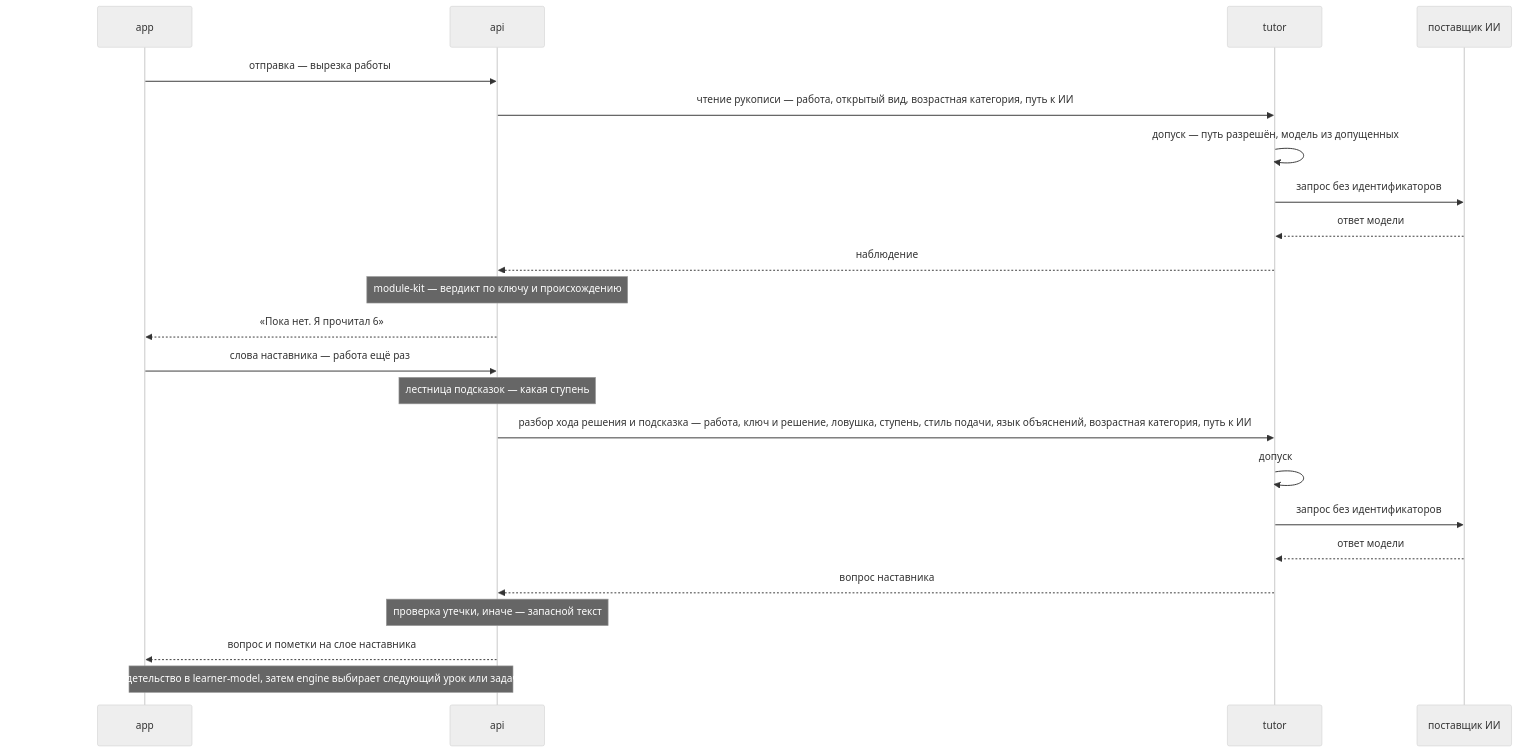
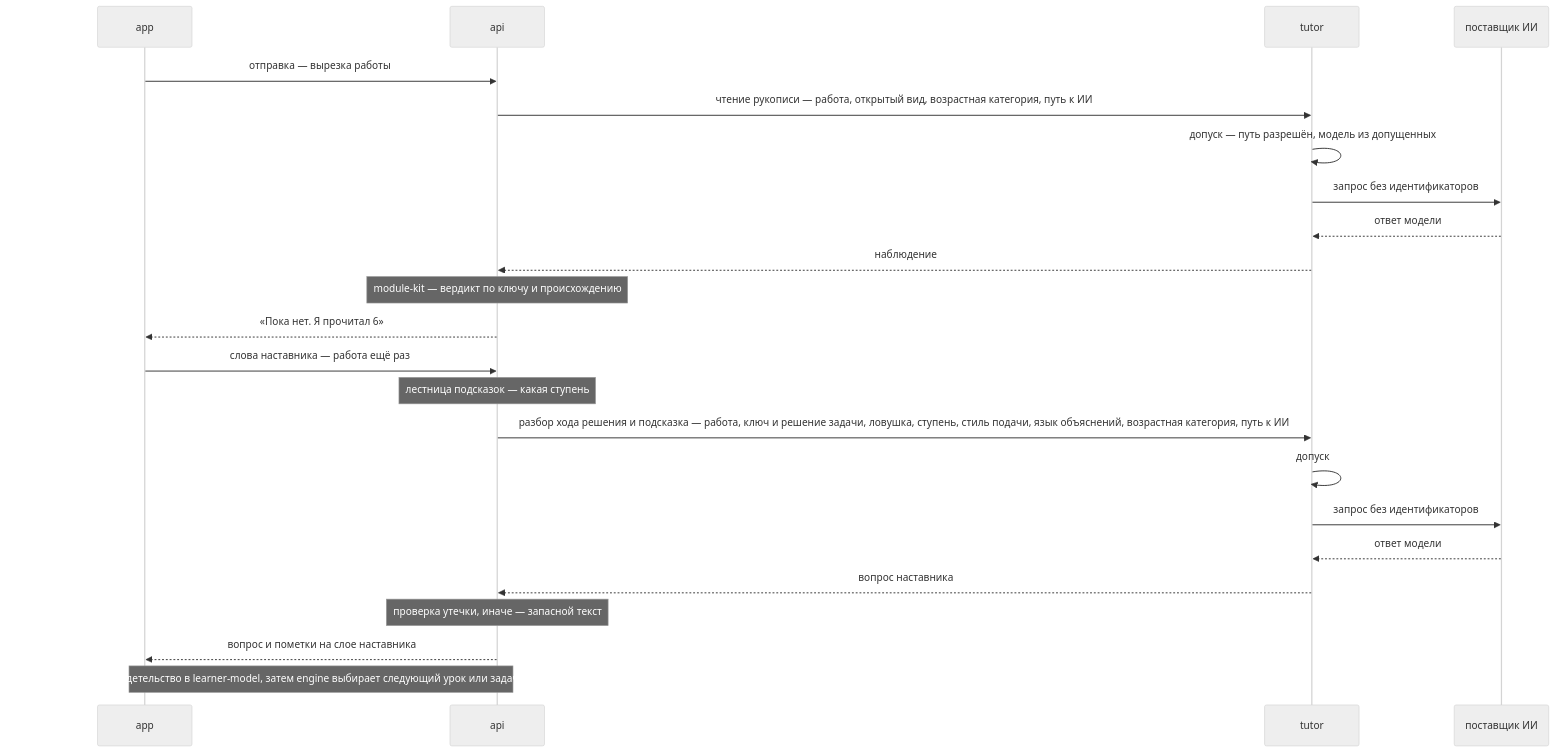
Before and after one commit to altnovatrail/spec: the second of 2 diagrams in docs/architecture.md, drawn with Mermaid (neutral theme). The commit also changed other lines of this file and 131 other files, not shown here.

````diff
--- a/docs/architecture.md
+++ b/docs/architecture.md
@@ -410,25 +411,25 @@
 ```mermaid
 sequenceDiagram
     participant A as app
     participant P as api
     participant T as tutor
     participant M as поставщик ИИ
     A->>P: отправка — вырезка работы
     P->>T: чтение рукописи — работа, открытый вид, возрастная категория, путь к ИИ
     T->>T: допуск — путь разрешён, модель из допущенных
     T->>M: запрос без идентификаторов
     M-->>T: ответ модели
     T-->>P: наблюдение
     Note over P: module-kit — вердикт по ключу и происхождению
     P-->>A: «Пока нет. Я прочитал 6»
     A->>P: слова наставника — работа ещё раз
     Note over P: лестница подсказок — какая ступень
-    P->>T: разбор хода решения и подсказка — работа, ключ и решение, ловушка, ступень, стиль подачи, язык объяснений, возрастная категория, путь к ИИ
+    P->>T: разбор хода решения и подсказка — работа, ключ и решение задачи, ловушка, ступень, стиль подачи, язык объяснений, возрастная категория, путь к ИИ
     T->>T: допуск
     T->>M: запрос без идентификаторов
     M-->>T: ответ модели
     T-->>P: вопрос наставника
     Note over P: проверка утечки, иначе — запасной текст
     P-->>A: вопрос и пометки на слое наставника
     Note over A,P: по итогу попытки — свидетельство в learner-model, затем engine выбирает следующий урок или задачу и пишет код причины
 ```
````
